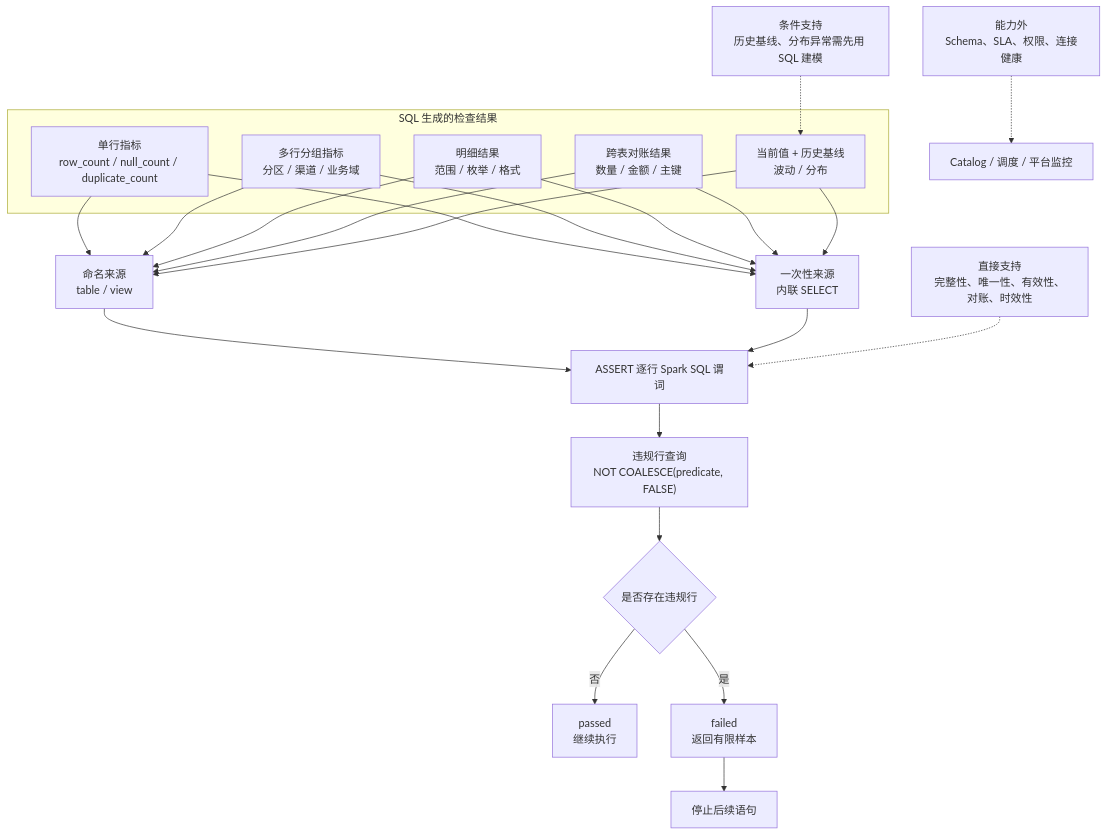
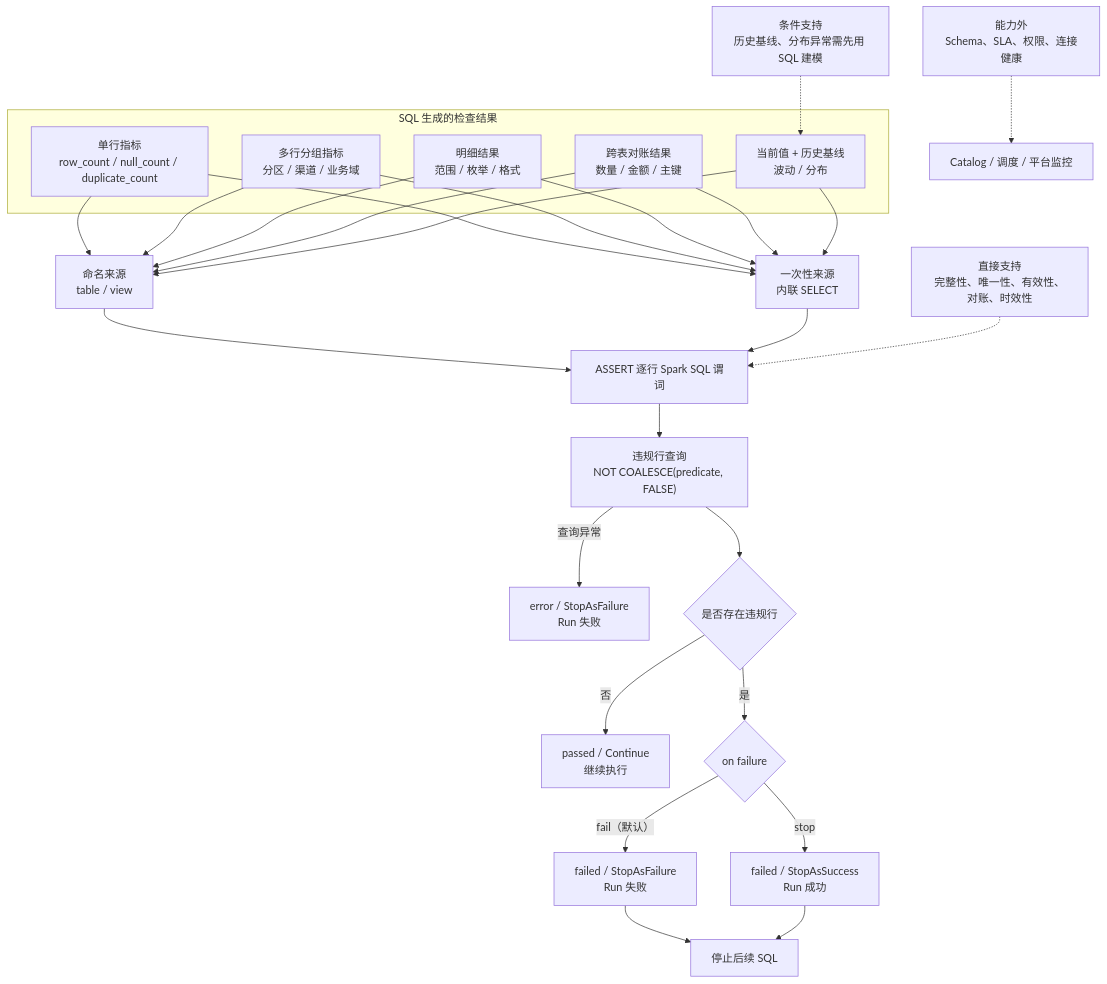
Before and after one commit to qindongliang/spark-one: the diagram in docs/data/assertions.md, drawn with Mermaid. The commit also changed other lines of this file and 15 other files, not shown here.

````diff
--- a/docs/data/assertions.md
+++ b/docs/data/assertions.md
@@ -138,34 +171,38 @@
 ```mermaid
 flowchart TB
   subgraph inputs["SQL 生成的检查结果"]
     metrics["单行指标<br/>row_count / null_count / duplicate_count"]
     groups["多行分组指标<br/>分区 / 渠道 / 业务域"]
     details["明细结果<br/>范围 / 枚举 / 格式"]
     reconcile["跨表对账结果<br/>数量 / 金额 / 主键"]
     baseline["当前值 + 历史基线<br/>波动 / 分布"]
   end
 
   metrics --> named["命名来源<br/>table / view"]
   groups --> named
   details --> named
   reconcile --> named
   baseline --> named
   metrics --> inline["一次性来源<br/>内联 SELECT"]
   groups --> inline
   details --> inline
   reconcile --> inline
   baseline --> inline
 
   named --> assertion["ASSERT 逐行 Spark SQL 谓词"]
   inline --> assertion
 
   assertion --> violations["违规行查询<br/>NOT COALESCE(predicate, FALSE)"]
+  violations -->|"查询异常"| executionError["error / StopAsFailure<br/>Run 失败"]
   violations --> decision{"是否存在违规行"}
-  decision -->|"否"| passed["passed<br/>继续执行"]
-  decision -->|"是"| failed["failed<br/>返回有限样本"]
-  failed --> stopped["停止后续语句"]
+  decision -->|"否"| passed["passed / Continue<br/>继续执行"]
+  decision -->|"是"| action{"on failure"}
+  action -->|"fail（默认）"| failed["failed / StopAsFailure<br/>Run 失败"]
+  action -->|"stop"| stopped["failed / StopAsSuccess<br/>Run 成功"]
+  failed --> stopSql["停止后续 SQL"]
+  stopped --> stopSql
 
   direct["直接支持<br/>完整性、唯一性、有效性、对账、时效性"] -.-> assertion
   conditional["条件支持<br/>历史基线、分布异常需先用 SQL 建模"] -.-> baseline
   outside["能力外<br/>Schema、SLA、权限、连接健康"] -.-> platform["Catalog / 调度 / 平台监控"]
 ```
````
